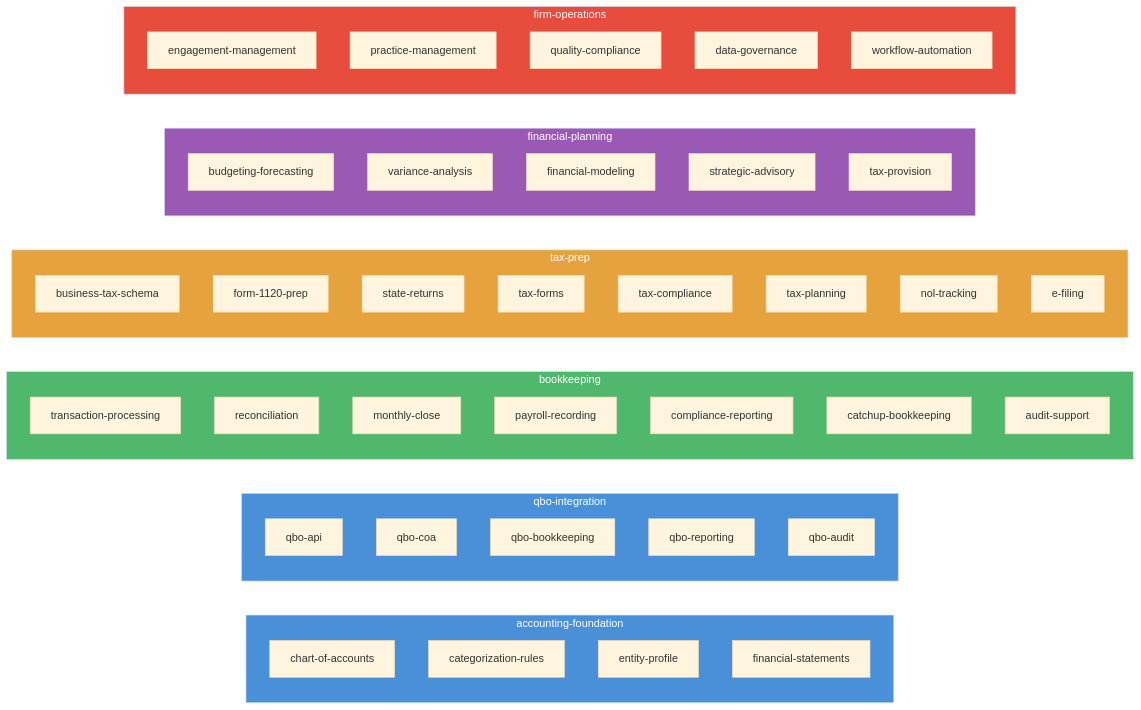
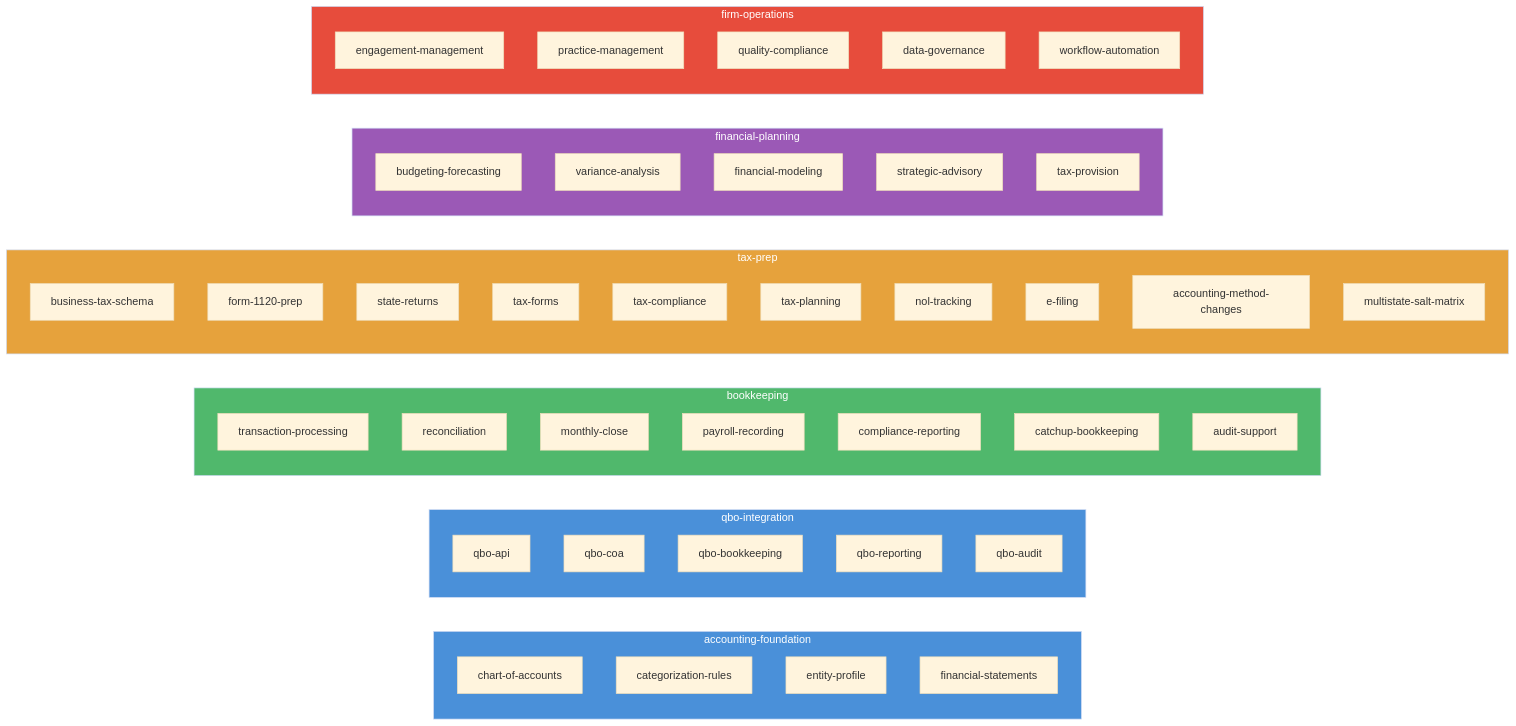
The second of 2 diagrams in README.md (AeyeOps/aeo-basis-plugin-marketplace), drawn with Mermaid (base theme) before and after one commit. The commit also changed other lines of this file and 146 other files, not shown here.

First line of the commit message:
Add accounting-method-changes and multistate-salt-matrix skills, reference provenance metadata, jurisdiction overlay convention

````diff
--- a/README.md
+++ b/README.md
@@ -66,61 +66,63 @@
 ```mermaid
 graph LR
     subgraph AF["accounting-foundation"]
         af1[chart-of-accounts]
         af2[categorization-rules]
         af3[entity-profile]
         af4[financial-statements]
     end
 
     subgraph QBO["qbo-integration"]
         q1[qbo-api]
         q2[qbo-coa]
         q3[qbo-bookkeeping]
         q4[qbo-reporting]
         q5[qbo-audit]
     end
 
     subgraph BK["bookkeeping"]
         b1[transaction-processing]
         b2[reconciliation]
         b3[monthly-close]
         b4[payroll-recording]
         b5[compliance-reporting]
         b6[catchup-bookkeeping]
         b7[audit-support]
     end
 
     subgraph TX["tax-prep"]
         t1[business-tax-schema]
         t2[form-1120-prep]
         t3[state-returns]
         t4[tax-forms]
         t5[tax-compliance]
         t6[tax-planning]
         t7[nol-tracking]
         t8[e-filing]
+        t9[accounting-method-changes]
+        t10[multistate-salt-matrix]
     end
 
     subgraph FP["financial-planning"]
         f1[budgeting-forecasting]
         f2[variance-analysis]
         f3[financial-modeling]
         f4[strategic-advisory]
         f5[tax-provision]
     end
 
     subgraph OPS["firm-operations"]
         o1[engagement-management]
         o2[practice-management]
         o3[quality-compliance]
         o4[data-governance]
         o5[workflow-automation]
     end
 
     style AF fill:#4a90d9,color:#fff
     style QBO fill:#4a90d9,color:#fff
     style BK fill:#50b86c,color:#fff
     style TX fill:#e6a23c,color:#fff
     style FP fill:#9b59b6,color:#fff
     style OPS fill:#e74c3c,color:#fff
 ```
````
